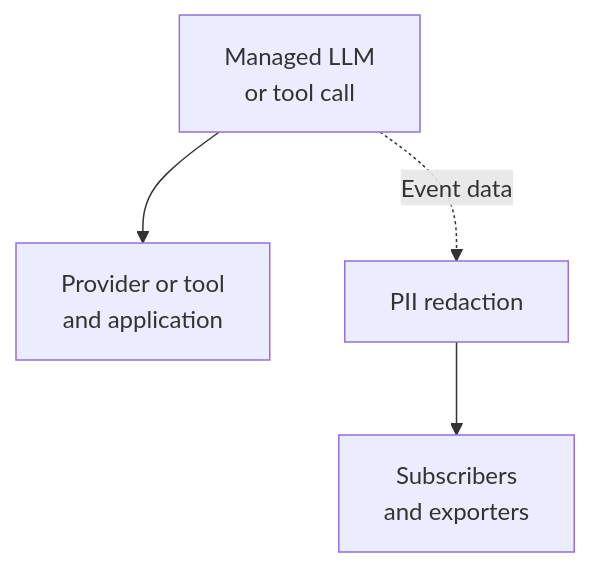
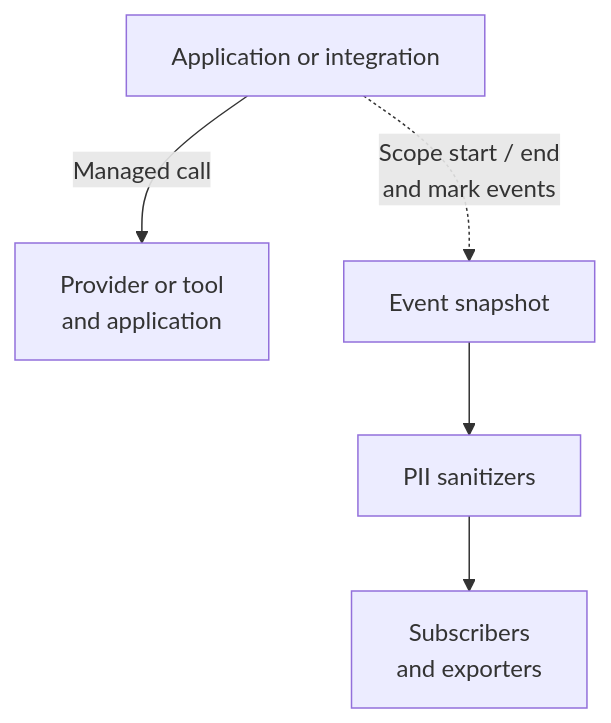
The diagram in docs/configure-plugins/pii-redaction/about.mdx (NVIDIA/NeMo-Relay), drawn with Mermaid before and after one commit. The commit also changed other lines of this file and 1 other file, not shown here.

Commit message:
docs: explain PII event lifecycle and surface controls

````diff
--- a/docs/configure-plugins/pii-redaction/about.mdx
+++ b/docs/configure-plugins/pii-redaction/about.mdx
@@ -26,8 +32,9 @@
 ```mermaid
 flowchart TD
-    accTitle: PII redaction on the Relay observability path
-    accDescr: A managed call sends execution values to the provider or tool and application. Event data passes through PII redaction before reaching subscribers and exporters.
-    managed["Managed LLM<br/>or tool call"] --> execution["Provider or tool<br/>and application"]
-    managed -. "Event data" .-> redaction["PII redaction"]
+    accTitle: Scope and mark events pass through PII redaction
+    accDescr: Application activity includes managed LLM and tool execution, scope starts and ends, and marks. Snapshots of scope and mark event data pass through PII sanitizers before subscribers and exporters receive them.
+    activity["Application or integration"] -->|"Managed call"| execution["Provider or tool<br/>and application"]
+    activity -. "Scope start / end<br/>and mark events" .-> snapshot["Event snapshot"]
+    snapshot --> redaction["PII sanitizers"]
     redaction --> consumers["Subscribers<br/>and exporters"]
 ```
````
